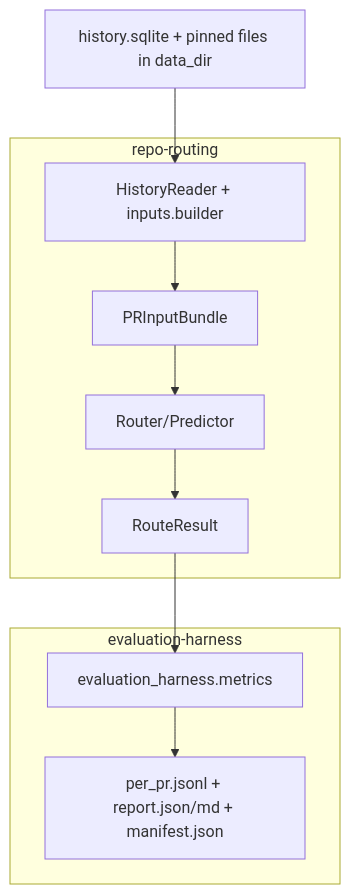
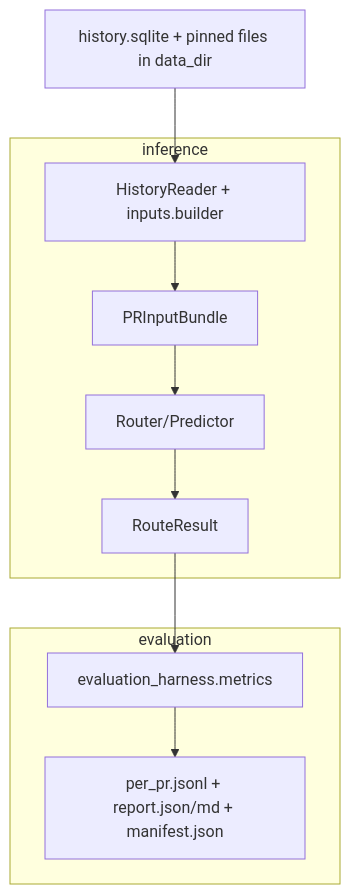
One commit to oneopane/ghostty-analysis changed the diagram in docs/attention-routing/architecture.md. Above: the diagram before and after it, drawn with Mermaid. The commit also changed other lines of this file and 41 other files, not shown here.

````diff
--- a/docs/attention-routing/architecture.md
+++ b/docs/attention-routing/architecture.md
@@ -17,21 +17,21 @@
 ```mermaid
 flowchart TD
   A[history.sqlite + pinned files in data_dir] --> B[HistoryReader + inputs.builder]
   B --> C[PRInputBundle]
   C --> D[Router/Predictor]
   D --> E[RouteResult]
   E --> F[evaluation_harness.metrics]
   F --> G[per_pr.jsonl + report.json/md + manifest.json]
 
-  subgraph repo-routing
+  subgraph inference
     B
     C
     D
     E
   end
 
-  subgraph evaluation-harness
+  subgraph evaluation
     F
     G
   end
 ```
````
